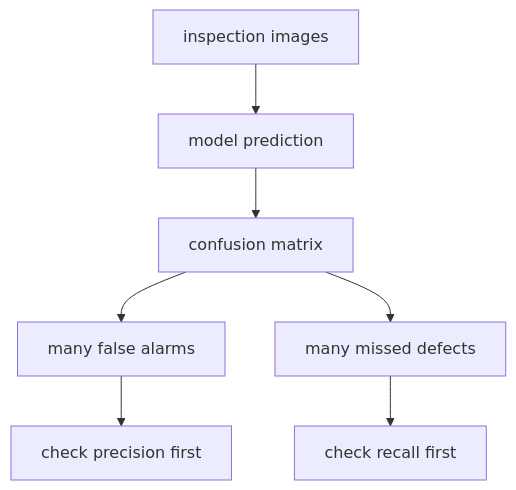
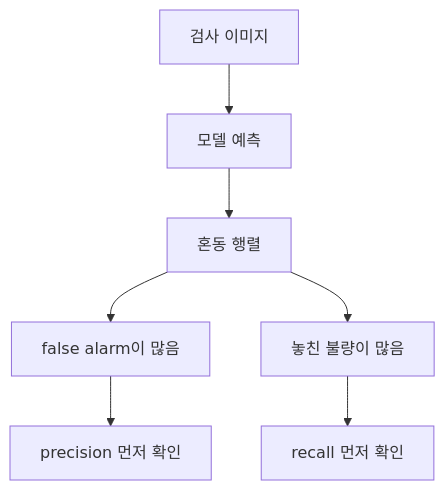
Before and after one commit to devchan64/AiBook: the third of 3 diagrams in docs/parts/part-04/chapter-06/section-01.md, drawn with Mermaid. The commit also changed other lines of this file and 72 other files, not shown here.

````diff
--- a/docs/parts/part-04/chapter-06/section-01.md
+++ b/docs/parts/part-04/chapter-06/section-01.md
@@ -182,14 +182,14 @@
 ```mermaid
 flowchart TD
-  A["inspection images"]
-  B["model prediction"]
-  C["confusion matrix"]
-  D["many false alarms"]
-  E["many missed defects"]
-  F["check precision first"]
-  G["check recall first"]
+  A["검사 이미지"]
+  B["모델 예측"]
+  C["혼동 행렬"]
+  D["false alarm이 많음"]
+  E["놓친 불량이 많음"]
+  F["precision 먼저 확인"]
+  G["recall 먼저 확인"]
 
   A --> B --> C
   C --> D --> F
   C --> E --> G
 ```
````
